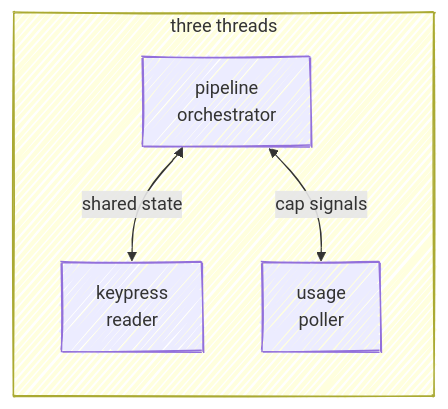
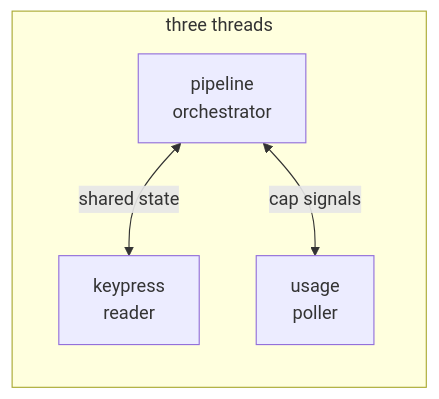
The second of 2 diagrams in README.md (SauliusDev/imp-agent), drawn with Mermaid before and after one commit. The commit also changed other lines of this file, not shown here.

Commit message:
docs: remove handDrawn theme from mermaid diagrams

````diff
--- a/README.md
+++ b/README.md
@@ -131,11 +131,11 @@
 ```mermaid
-%%{init: {'theme': 'default', 'look': 'handDrawn'}}%%
+%%{init: {'theme': 'default'}}%%
 flowchart LR
     subgraph threads["three threads"]
         T1[pipeline\norchestrator]
         T2[keypress\nreader]
         T3[usage\npoller]
     end
     T1 <-->|shared state| T2
     T1 <-->|cap signals| T3
 ```
````
